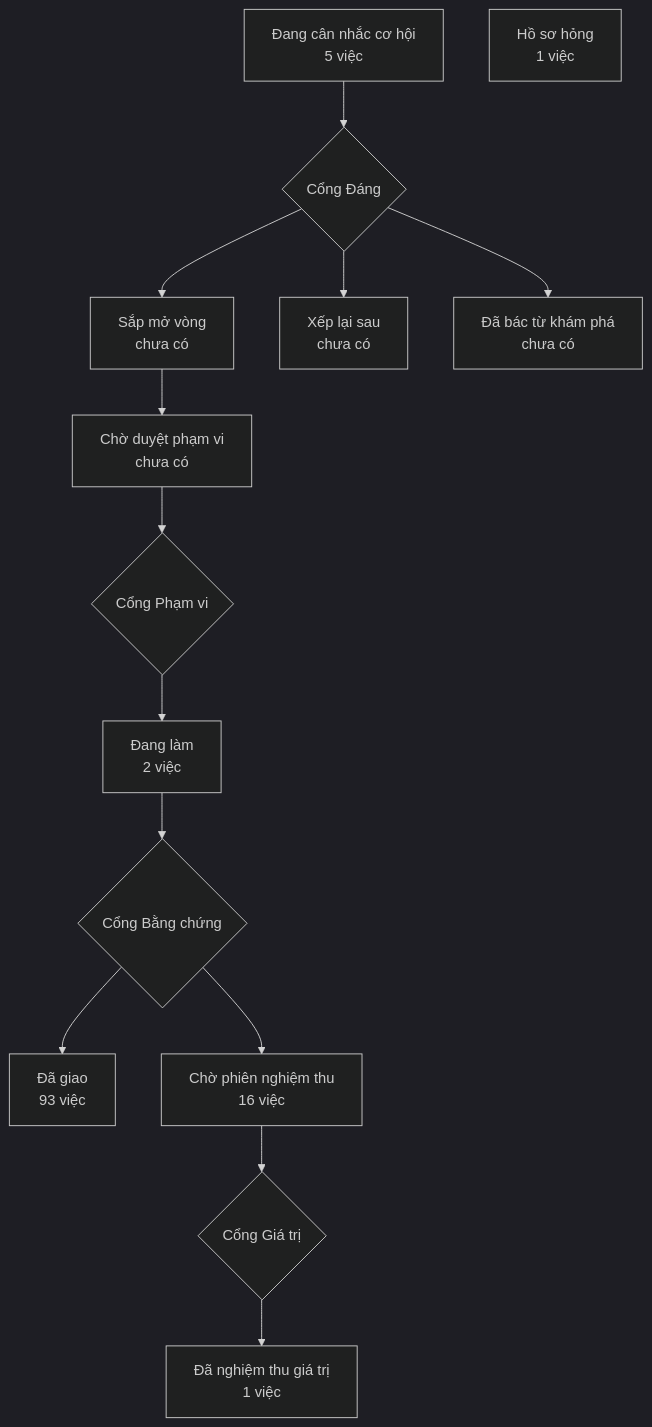
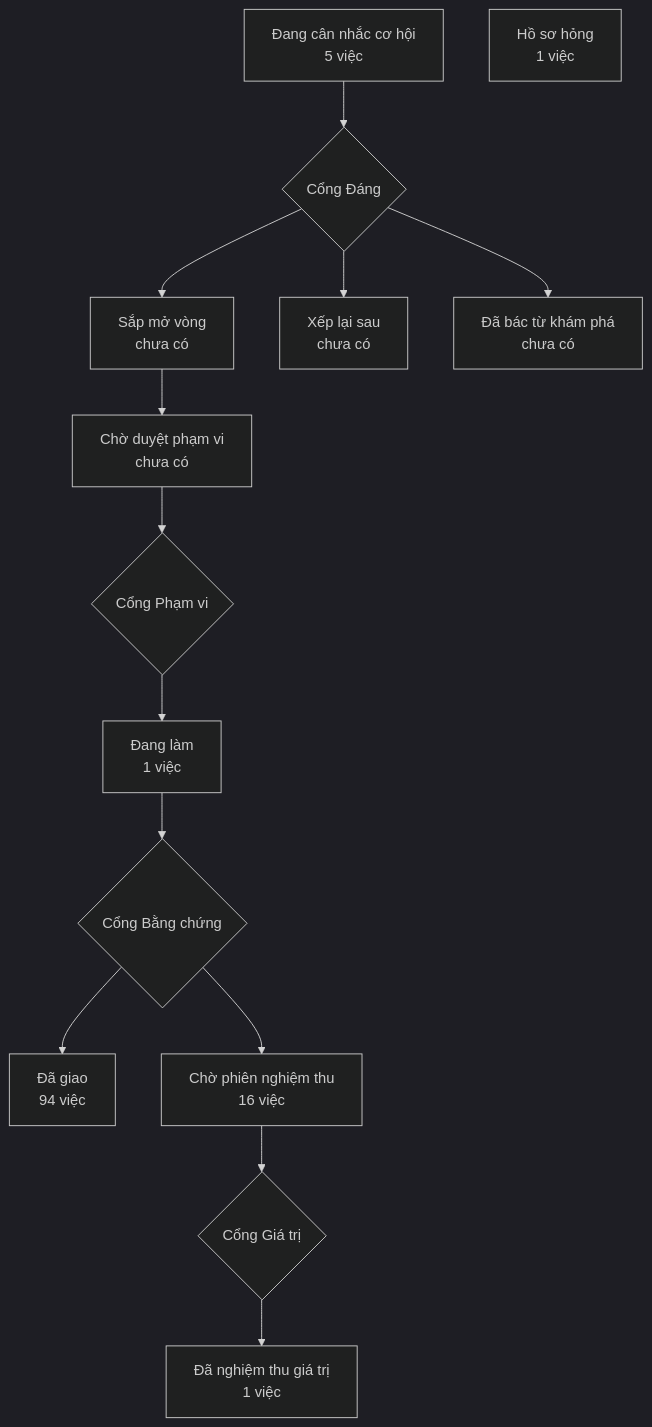
One commit to phanlemanh/crm-onehub changed the diagram in PRODUCT-MAP.md. Above: the diagram before and after it, drawn with Mermaid (dark theme). The commit also changed 3 other files, not shown here.

````diff
--- a/PRODUCT-MAP.md
+++ b/PRODUCT-MAP.md
@@ -6,13 +6,13 @@
 ```mermaid
 flowchart TD
   A["Đang cân nhắc cơ hội<br/>5 việc"] --> GD{"Cổng Đáng"}
   GD --> B["Sắp mở vòng<br/>chưa có"]
   GD --> XL["Xếp lại sau<br/>chưa có"]
   GD --> DB["Đã bác từ khám phá<br/>chưa có"]
   B --> CD["Chờ duyệt phạm vi<br/>chưa có"] --> GP{"Cổng Phạm vi"}
-  GP --> DL["Đang làm<br/>2 việc"] --> GB{"Cổng Bằng chứng"}
-  GB --> DG["Đã giao<br/>93 việc"]
+  GP --> DL["Đang làm<br/>1 việc"] --> GB{"Cổng Bằng chứng"}
+  GB --> DG["Đã giao<br/>94 việc"]
   GB --> CN["Chờ phiên nghiệm thu<br/>16 việc"] --> GG{"Cổng Giá trị"}
   GG --> NT["Đã nghiệm thu giá trị<br/>1 việc"]
   HS["Hồ sơ hỏng<br/>1 việc"]
 ```
````
